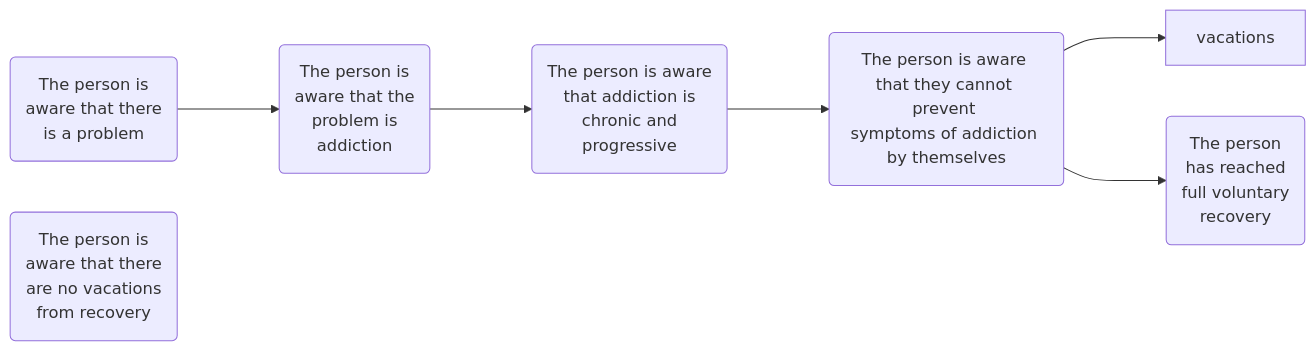
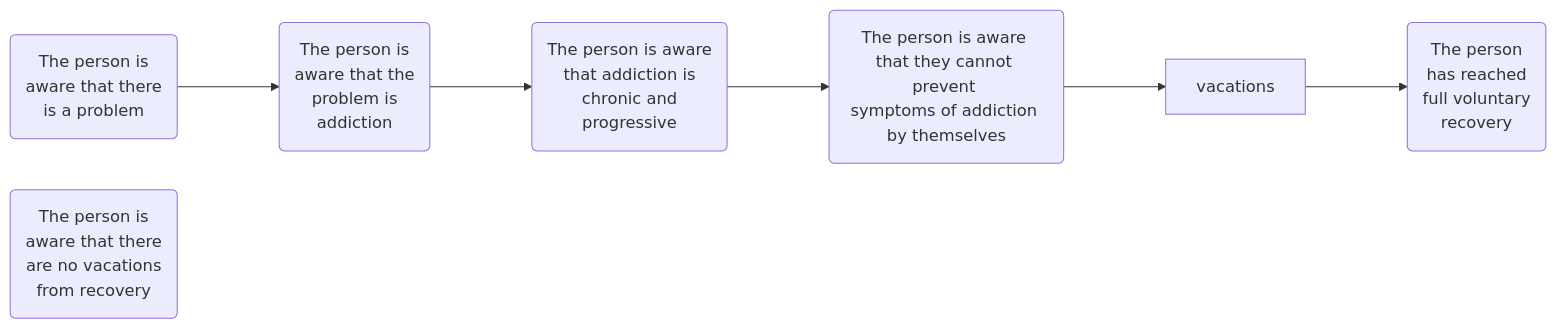
The diagram in Recovery_Cognitions.md (hwetsman/TOC_Trees), drawn with Mermaid before and after one commit.

Commit message:
Refactor: fix link to goal

`````diff
--- a/Recovery_Cognitions.md
+++ b/Recovery_Cognitions.md
@@ -3,18 +3,18 @@
 ````mermaid
 flowchart LR
 
 aware(The person is <br>aware that there <br>is a problem)
 addiction(The person is <br>aware that the <br>problem is <br>addiction)
     aware--->addiction
     chronic(The person is aware <br>that addiction is <br>chronic and <br>progressive)
         addiction--->chronic
         alone(The person is aware <br>that they cannot prevent <br>symptoms of addiction <br>by themselves)
             chronic--->alone
             vactions(The person is <br>aware that there <br>are no vacations <br>from recovery)
                 alone--->vacations
                 goal(The person <br>has reached <br>full voluntary <br>recovery)
-                    alone--->goal
+                    vacations--->goal
 
 
 
 ````
`````
